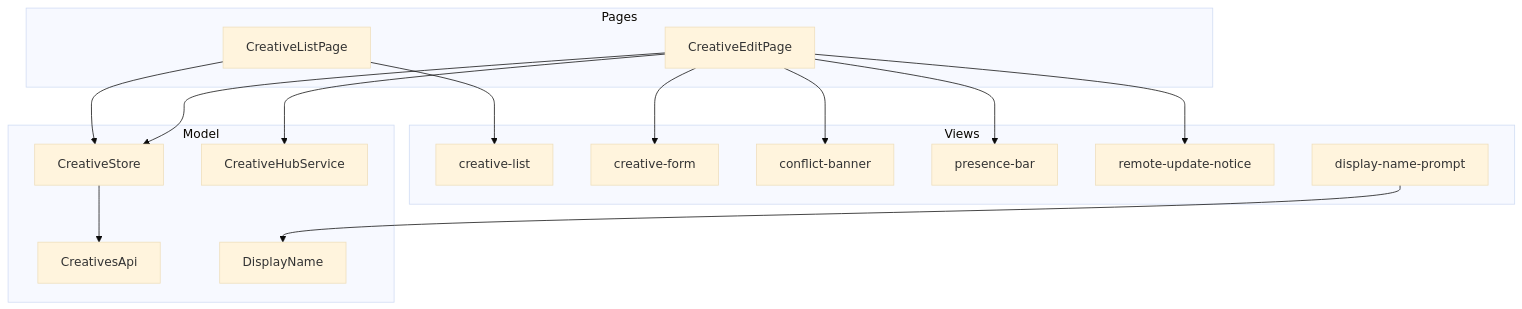
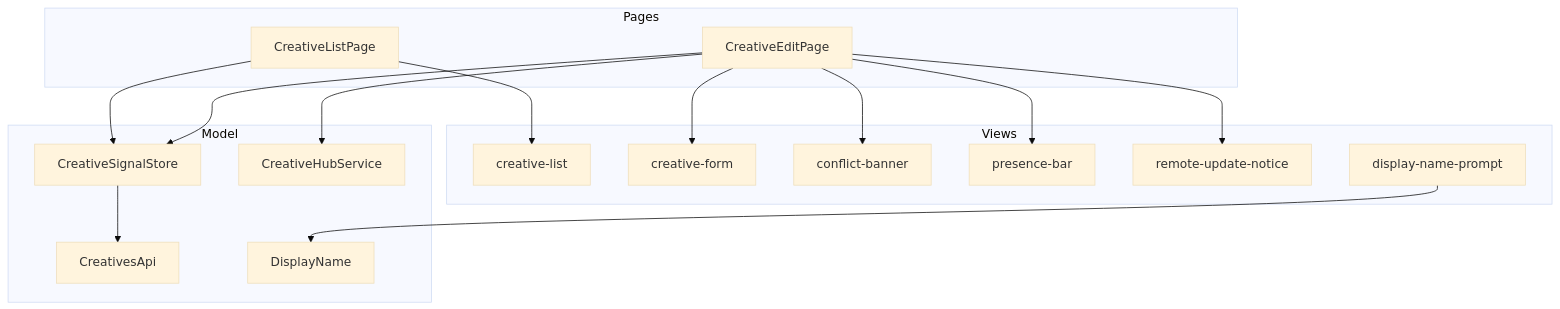
The fourth of 4 diagrams in docs/architecture.md (SDS37/CreativeCollab), drawn with Mermaid (base theme) before and after one commit. The commit also changed other lines of this file and 11 other files, not shown here.

First line of the commit message:
refactor(web): hold screen state in a signal store

````diff
--- a/docs/architecture.md
+++ b/docs/architecture.md
@@ -133,32 +133,32 @@
 ```mermaid
 flowchart TB
   subgraph view [Views]
     List["creative-list"]
     Form["creative-form"]
     Banner["conflict-banner"]
     Bar["presence-bar"]
     Notice["remote-update-notice"]
     Prompt["display-name-prompt"]
   end
   subgraph pages [Pages]
     ListPage["CreativeListPage"]
     EditPage["CreativeEditPage"]
   end
   subgraph model [Model]
-    Store["CreativeStore"]
+    Store["CreativeSignalStore"]
     Http["CreativesApi"]
     HubSvc["CreativeHubService"]
     Name["DisplayName"]
   end
 
   ListPage --> List
   ListPage --> Store
   EditPage --> Form
   EditPage --> Banner
   EditPage --> Bar
   EditPage --> Notice
   EditPage --> Store
   EditPage --> HubSvc
   Prompt --> Name
   Store --> Http
 ```
````
